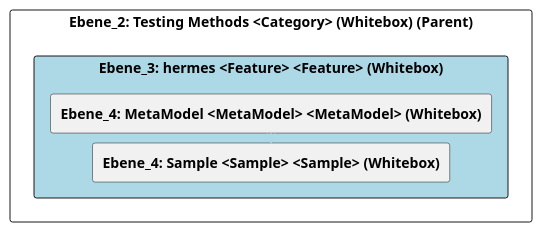
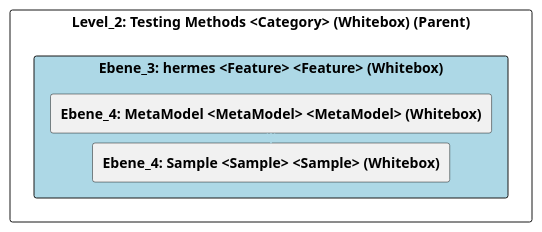
The diagram in doc/cleonproject_deliverables_architecture_model_architecture/adoc/de/05_bausteinsicht/cleon/testing_methods/hermes/ebene_3_hermes.adoc (marcozwyssig/cleon), drawn with PlantUML before and after one commit. The commit also changed other lines of this file and 169 other files, not shown here.

```diff
--- a/doc/cleonproject_deliverables_architecture_model_architecture/adoc/de/05_bausteinsicht/cleon/testing_methods/hermes/ebene_3_hermes.adoc
+++ b/doc/cleonproject_deliverables_architecture_model_architecture/adoc/de/05_bausteinsicht/cleon/testing_methods/hermes/ebene_3_hermes.adoc
@@ -20,28 +20,28 @@
 [plantuml, Ebene_3: hermes <Feature> <Feature> (Whitebox)BlockOverview, format="svg"]
 ----
 @startuml Ebene_3: hermes <Feature> <Feature> (Whitebox)BuildingBlockOverview
 
 skinparam ranksep 10
 skinparam componentStyle rectangle
 skinparam shadowing false
 skinparam arrowColor lightblue
 skinparam arrowThickness 1.2
 skinparam rectangle {
   BackgroundColor White
   BorderColor #333
   RoundCorner 10
 }
 top to bottom direction
 
-component "Ebene_2: Testing Methods <Category> (Whitebox) (Parent)" {
+component "Level_2: Testing Methods <Category> (Whitebox) (Parent)" {
     component "Ebene_3: hermes <Feature> <Feature> (Whitebox)" #lightblue {
         [**Ebene_4: MetaModel <MetaModel> <MetaModel> (Whitebox)**] as 4A56DE3F_D579_11EE_903E_9F564E4DE07E
         [**Ebene_4: Sample <Sample> <Sample> (Whitebox)**] as 4A56DE42_D579_11EE_903E_9F564E4DE07E
     }
 
     4A56DE3F_D579_11EE_903E_9F564E4DE07E -down-> 4A56DE42_D579_11EE_903E_9F564E4DE07E
     
 }
 
 @enduml
 ----
```
